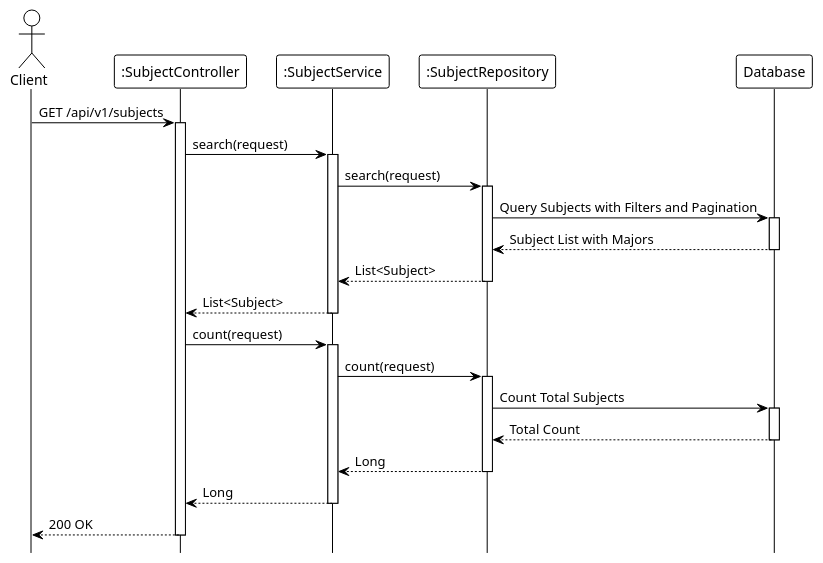
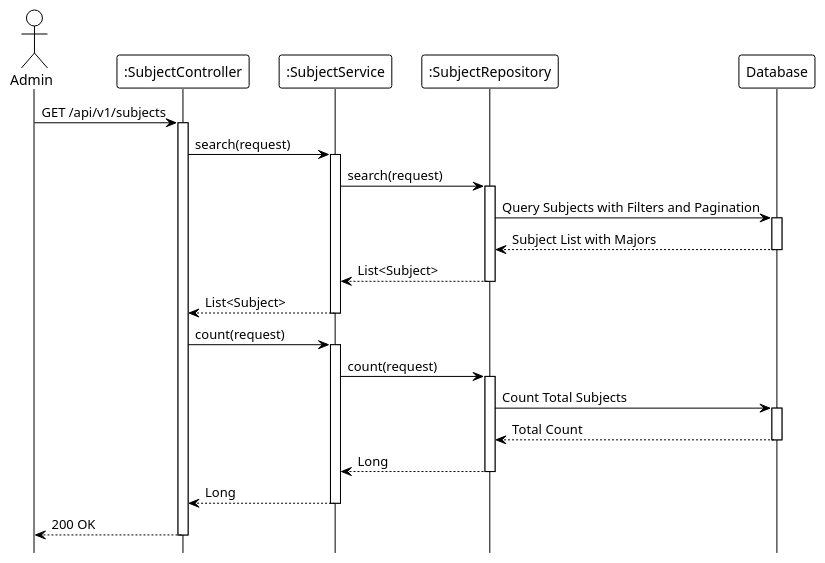
Before and after one commit to Ndh474/context: the diagram in system_detailed_design/17_view_list_subject/sequence_diagram_view_list_subject.puml, drawn with PlantUML. The commit also changed 61 other files, not shown here.

First line of the commit message:
refactor(diagrams): update actor from Client to Admin in sequence diagrams

```diff
--- a/system_detailed_design/17_view_list_subject/sequence_diagram_view_list_subject.puml
+++ b/system_detailed_design/17_view_list_subject/sequence_diagram_view_list_subject.puml
@@ -1,56 +1,56 @@
 @startuml view_list_subject
 !theme plain
 hide footbox
 
-actor Client
+actor Admin
 participant ":SubjectController" as Controller
 participant ":SubjectService" as Service
 participant ":SubjectRepository" as Repository
 participant "Database" as DB
 
 ' --- MAIN FLOW ---
-Client -> Controller: GET /api/v1/subjects
+Admin -> Controller: GET /api/v1/subjects
 activate Controller
 
 Controller -> Service: search(request)
 activate Service
 
 ' --- SEARCH QUERY ---
 Service -> Repository: search(request)
 activate Repository
 
 Repository -> DB: Query Subjects with Filters and Pagination
 activate DB
 DB --> Repository: Subject List with Majors
 deactivate DB
 
 Repository --> Service: List<Subject>
 deactivate Repository
 
 Service --> Controller: List<Subject>
 deactivate Service
 
 ' --- COUNT QUERY ---
 Controller -> Service: count(request)
 activate Service
 
 Service -> Repository: count(request)
 activate Repository
 
 Repository -> DB: Count Total Subjects
 activate DB
 DB --> Repository: Total Count
 deactivate DB
 
 Repository --> Service: Long
 deactivate Repository
 
 Service --> Controller: Long
 deactivate Service
 
 ' Build paging response (internal)
 
-Controller --> Client: 200 OK
+Controller --> Admin: 200 OK
 deactivate Controller
 
 @enduml
```
